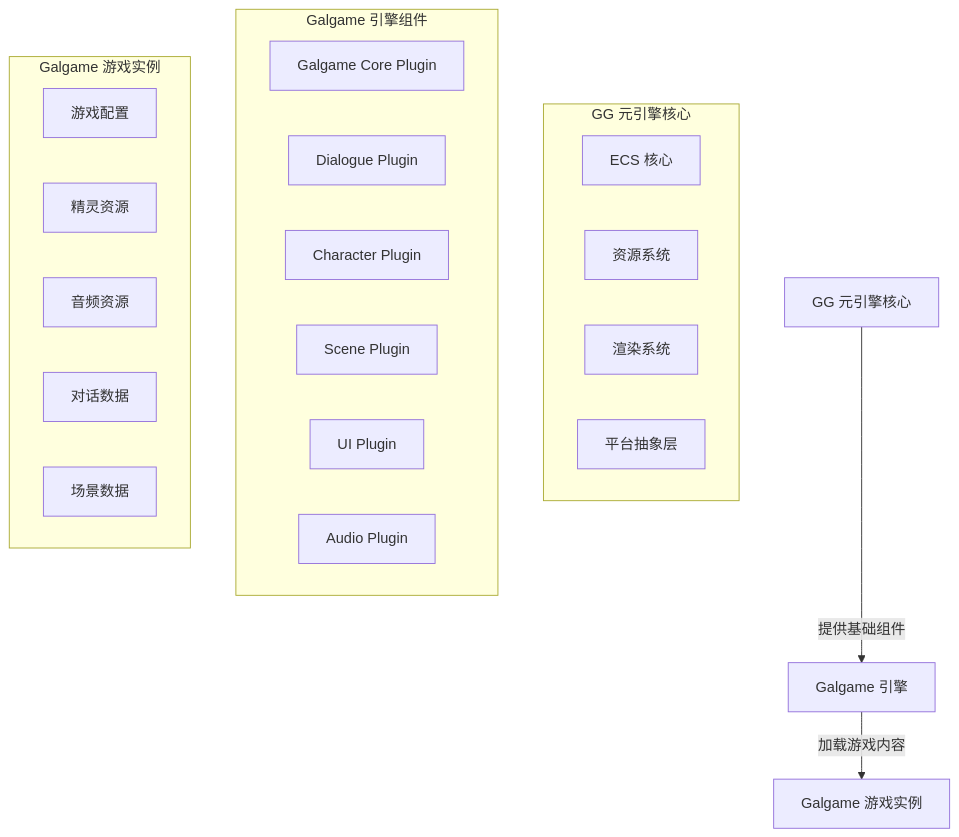
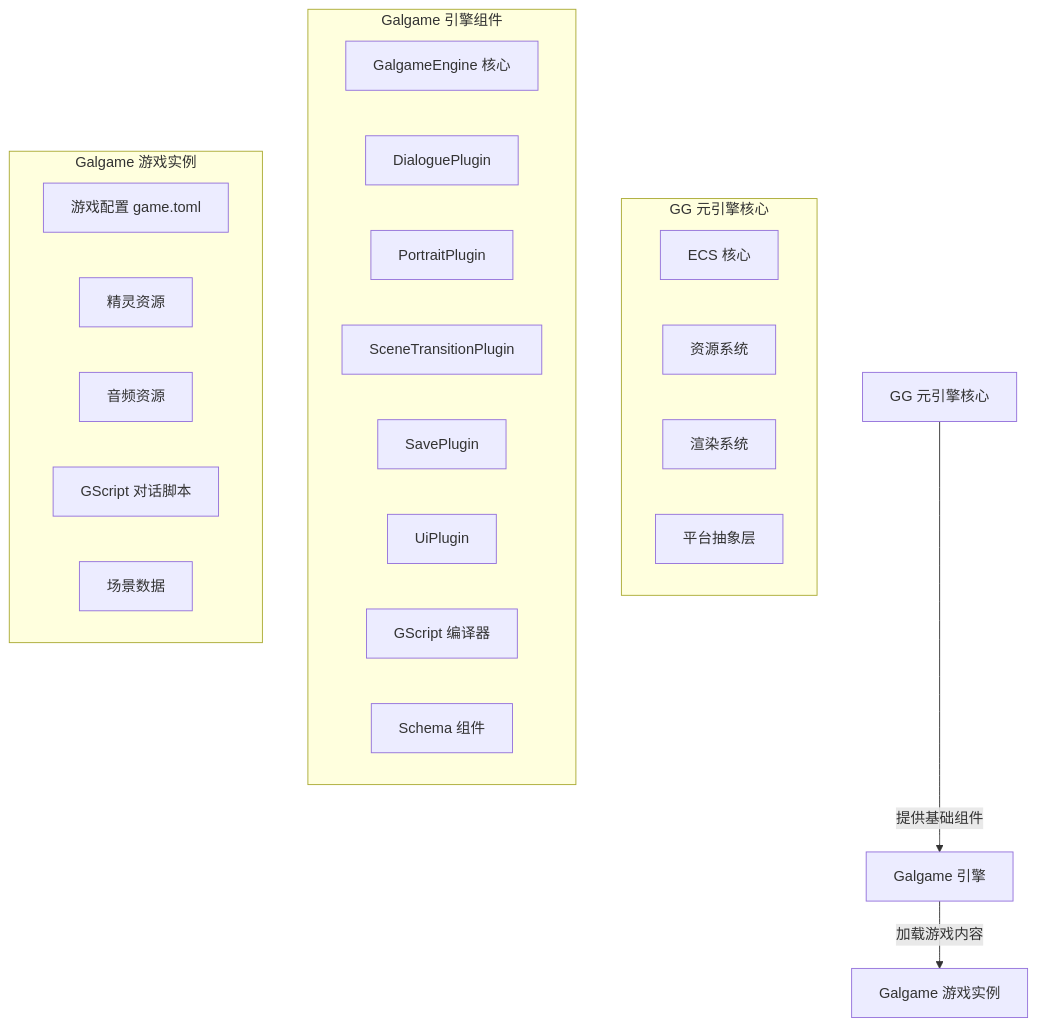
Before and after one commit to oovm/CivitLink: the diagram in design/engines/galgame/architecture.md, drawn with Mermaid. The commit also changed other lines of this file and 48 other files, not shown here.

````diff
--- a/design/engines/galgame/architecture.md
+++ b/design/engines/galgame/architecture.md
@@ -70,33 +68,35 @@
 ```mermaid
 graph TD
     A[GG 元引擎核心]
     B[Galgame 引擎]
     C[Galgame 游戏实例]
     
     A -->|提供基础组件| B
     B -->|加载游戏内容| C
     
     subgraph A1[GG 元引擎核心]
         A1_1[ECS 核心]
         A1_2[资源系统]
         A1_3[渲染系统]
         A1_4[平台抽象层]
     end
     
     subgraph B1[Galgame 引擎组件]
-        B1_1[Galgame Core Plugin]
-        B1_2[Dialogue Plugin]
-        B1_3[Character Plugin]
-        B1_4[Scene Plugin]
-        B1_5[UI Plugin]
-        B1_6[Audio Plugin]
+        B1_1[GalgameEngine 核心]
+        B1_2[DialoguePlugin]
+        B1_3[PortraitPlugin]
+        B1_4[SceneTransitionPlugin]
+        B1_5[SavePlugin]
+        B1_6[UiPlugin]
+        B1_7[GScript 编译器]
+        B1_8[Schema 组件]
     end
     
     subgraph C1[Galgame 游戏实例]
-        C1_1[游戏配置]
+        C1_1[游戏配置 game.toml]
         C1_2[精灵资源]
         C1_3[音频资源]
-        C1_4[对话数据]
+        C1_4[GScript 对话脚本]
         C1_5[场景数据]
     end
 ```
````
